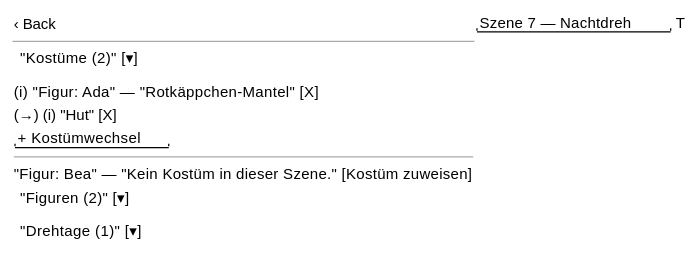
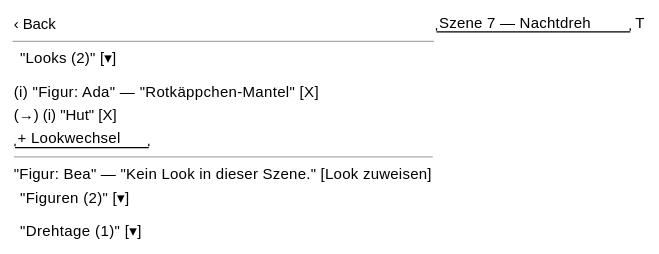
One commit to tradem/breakdown-rs changed the diagram in docs/design/screens/scenes.md. Above: the diagram before and after it, drawn with PlantUML. The commit also changed other lines of this file and 25 other files, not shown here.

````diff
--- a/docs/design/screens/scenes.md
+++ b/docs/design/screens/scenes.md
@@ -33,18 +33,18 @@
 ```plantuml
 @startsalt
 {
   {‹ Back} | "Szene 7 — Nachtdreh" | T
   --
-  {^ "Kostüme (2)" [▾]}
+  {^ "Looks (2)" [▾]}
   {
     (i) "Figur: Ada" — "Rotkäppchen-Mantel" [X]
     (→) (i) "Hut" [X]
-    "+ Kostümwechsel"
+    "+ Lookwechsel"
     --
-    "Figur: Bea" — "Kein Kostüm in dieser Szene." [Kostüm zuweisen]
+    "Figur: Bea" — "Kein Look in dieser Szene." [Look zuweisen]
   }
   {^ "Figuren (2)" [▾]}
   {^ "Drehtage (1)" [▾]}
 }
 @endsalt
 ```
````
